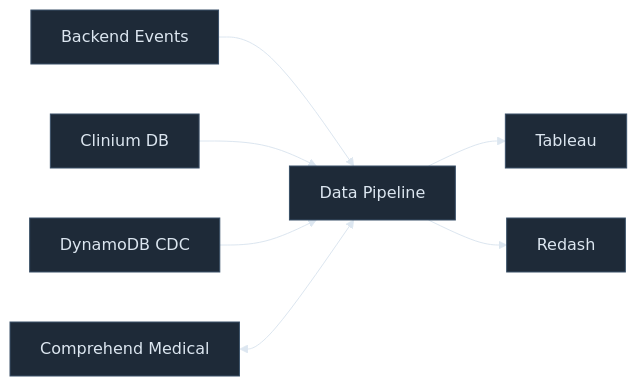
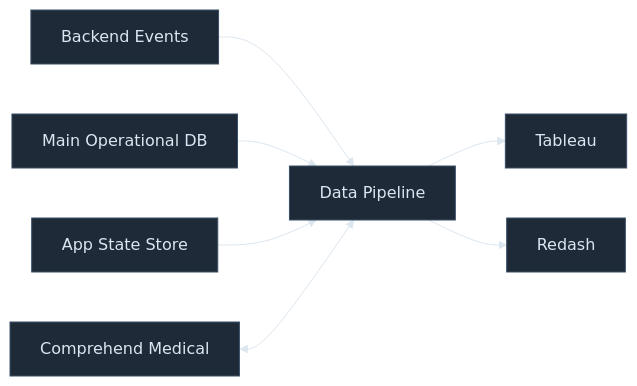
The diagram in pages/02-context.md (mosh-ja/itl-presentation), drawn with Mermaid before and after one commit. The commit also changed other lines of this file and 11 other files, not shown here.

````diff
--- a/pages/02-context.md
+++ b/pages/02-context.md
@@ -15,28 +15,28 @@
 ```mermaid
 %%{init: {
   'theme': 'base',
   'themeVariables': {
     'background': '#0B0F14',
     'primaryColor': '#1e2a38',
     'primaryBorderColor': '#3a5068',
     'primaryTextColor': '#dce6f0',
     'lineColor': '#dce6f0',
     'edgeColor': '#7ab8e0'
   }
 }}%%
 graph LR
     BE["Backend Events"]
-    CL["Clinium DB"]
-    DDB["DynamoDB CDC"]
+    CL["Main Operational DB"]
+    DDB["App State Store"]
     CM["Comprehend Medical"]
     Platform["Data Pipeline"]
     Tableau
     Redash
 
     BE --> Platform
     CL --> Platform
     DDB --> Platform
     CM <--> Platform
     Platform --> Tableau
     Platform --> Redash
 ```
````
